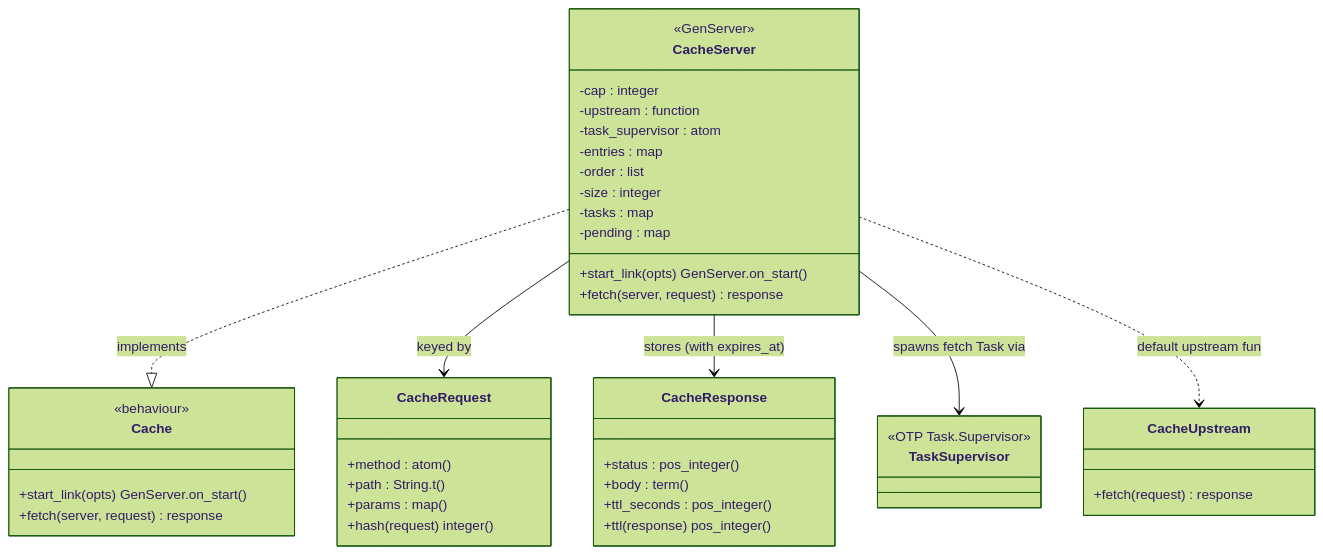
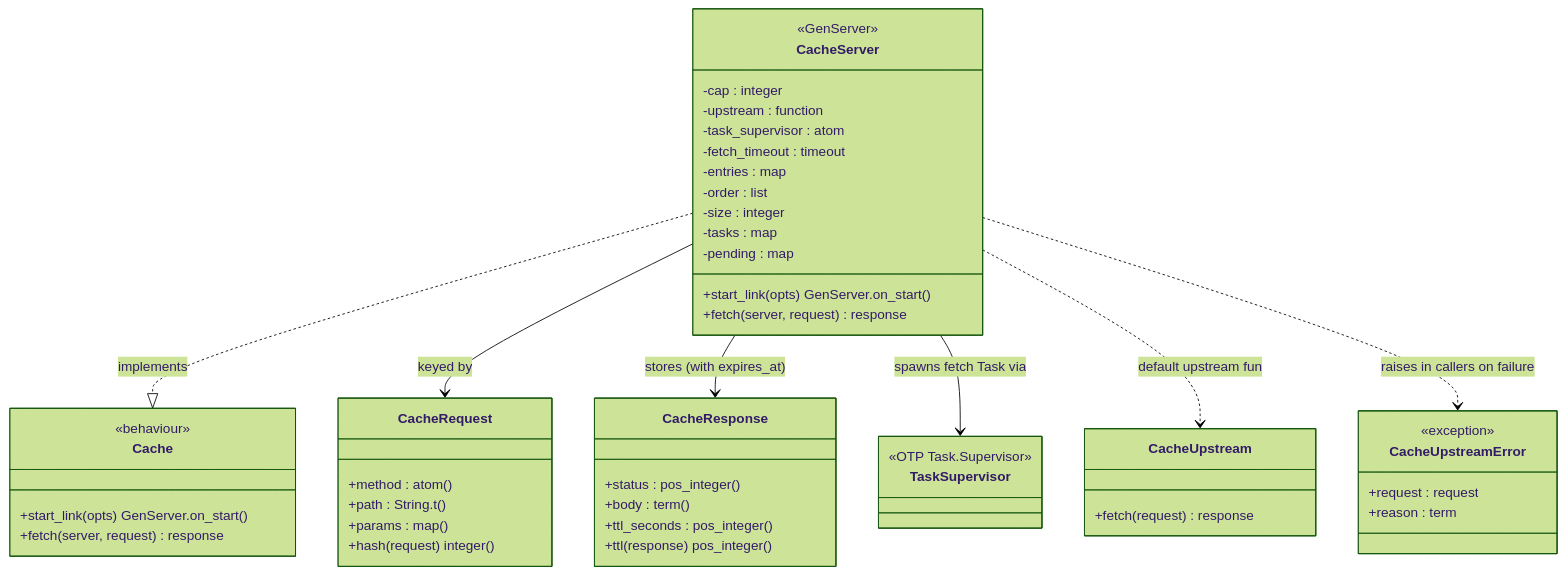
The first of 3 diagrams in ARCHITECTURE.md (alirazawatoo/appwork-assessment), drawn with Mermaid (forest theme) before and after one commit. The commit also changed other lines of this file and 2 other files, not shown here.

First line of the commit message:
Document failure semantics, options and Docker usage; add MIT license

````diff
--- a/ARCHITECTURE.md
+++ b/ARCHITECTURE.md
@@ -9,50 +9,58 @@
 ```mermaid
 classDiagram
     class Cache {
         <<behaviour>>
         +start_link(opts) GenServer.on_start()
         +fetch(server, request) response
     }
 
     class CacheServer {
         <<GenServer>>
         -cap : integer
         -upstream : function
         -task_supervisor : atom
+        -fetch_timeout : timeout
         -entries : map
         -order : list
         -size : integer
         -tasks : map
         -pending : map
         +start_link(opts) GenServer.on_start()
         +fetch(server, request) response
     }
 
     class CacheRequest {
         +method : atom()
         +path : String.t()
         +params : map()
         +hash(request) integer()
     }
 
     class CacheResponse {
         +status : pos_integer()
         +body : term()
         +ttl_seconds : pos_integer()
         +ttl(response) pos_integer()
     }
 
     class CacheUpstream {
         +fetch(request) response
     }
 
+    class CacheUpstreamError {
+        <<exception>>
+        +request : request
+        +reason : term
+    }
+
     class TaskSupervisor {
         <<OTP Task.Supervisor>>
     }
 
     CacheServer ..|> Cache : implements
     CacheServer --> CacheRequest : keyed by
     CacheServer --> CacheResponse : stores (with expires_at)
     CacheServer --> TaskSupervisor : spawns fetch Task via
     CacheServer ..> CacheUpstream : default upstream fun
+    CacheServer ..> CacheUpstreamError : raises in callers on failure
 ```
````
